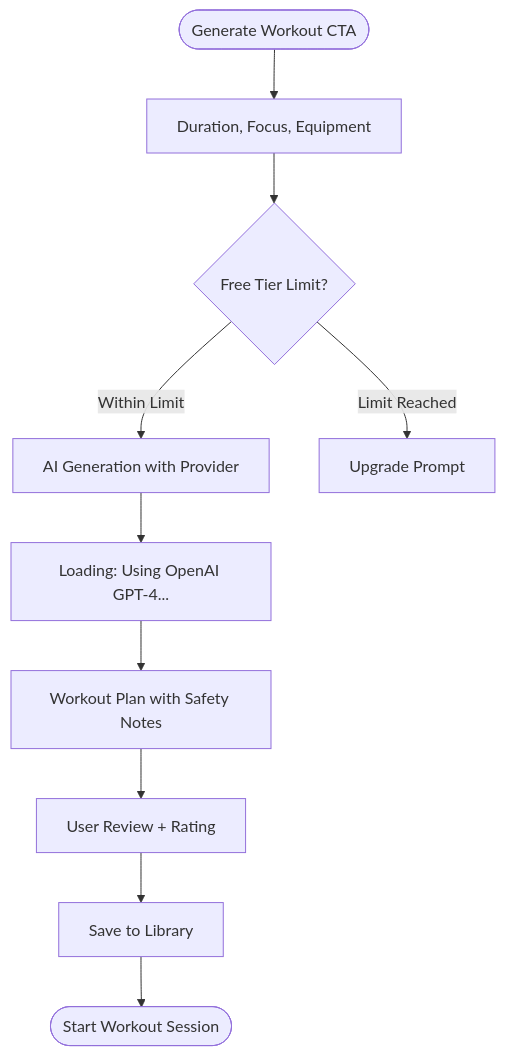
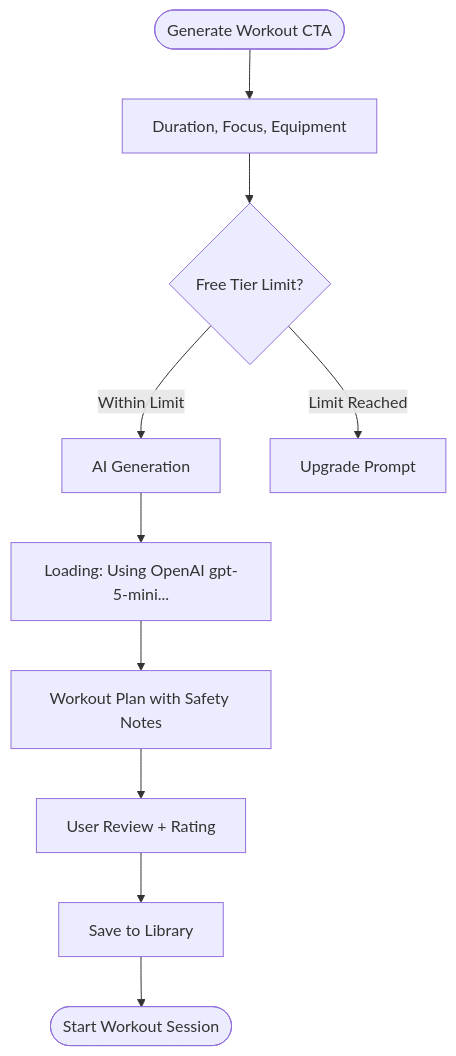
The ninth of 15 diagrams in docs/User_Experience.md (vedprakash-m/vigor), drawn with Mermaid before and after one commit. The commit also changed other lines of this file and 72 other files, not shown here.

````diff
--- a/docs/User_Experience.md
+++ b/docs/User_Experience.md
@@ -670,12 +666,12 @@
 ```mermaid
 flowchart TD
   Start([Generate Workout CTA]) --> Input[Duration, Focus, Equipment]
   Input --> Check{Free Tier Limit?}
-  Check -->|Within Limit| AI[AI Generation with Provider]
+  Check -->|Within Limit| AI[AI Generation]
   Check -->|Limit Reached| Upgrade[Upgrade Prompt]
-  AI --> Loading[Loading: Using OpenAI GPT-4...]
+  AI --> Loading[Loading: Using OpenAI gpt-5-mini...]
   Loading --> Generated[Workout Plan with Safety Notes]
   Generated --> Review[User Review + Rating]
   Review --> Save[Save to Library]
   Save --> Session([Start Workout Session])
 ```
````
